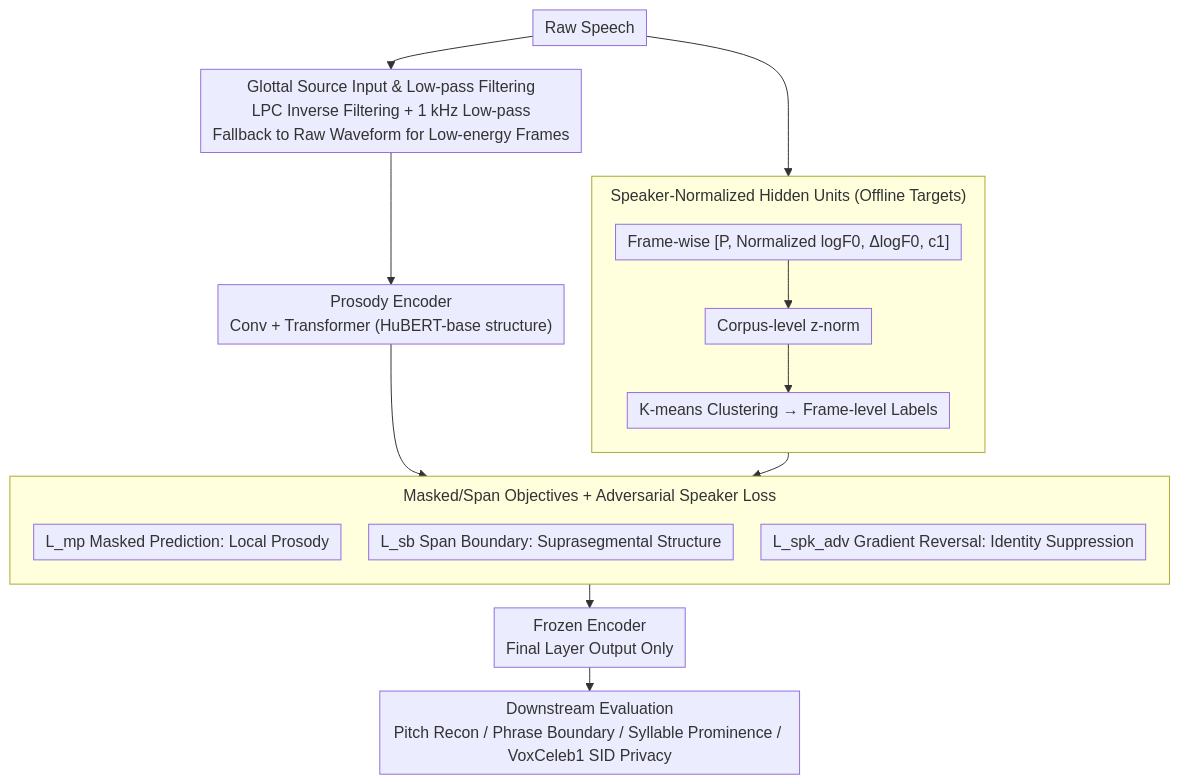
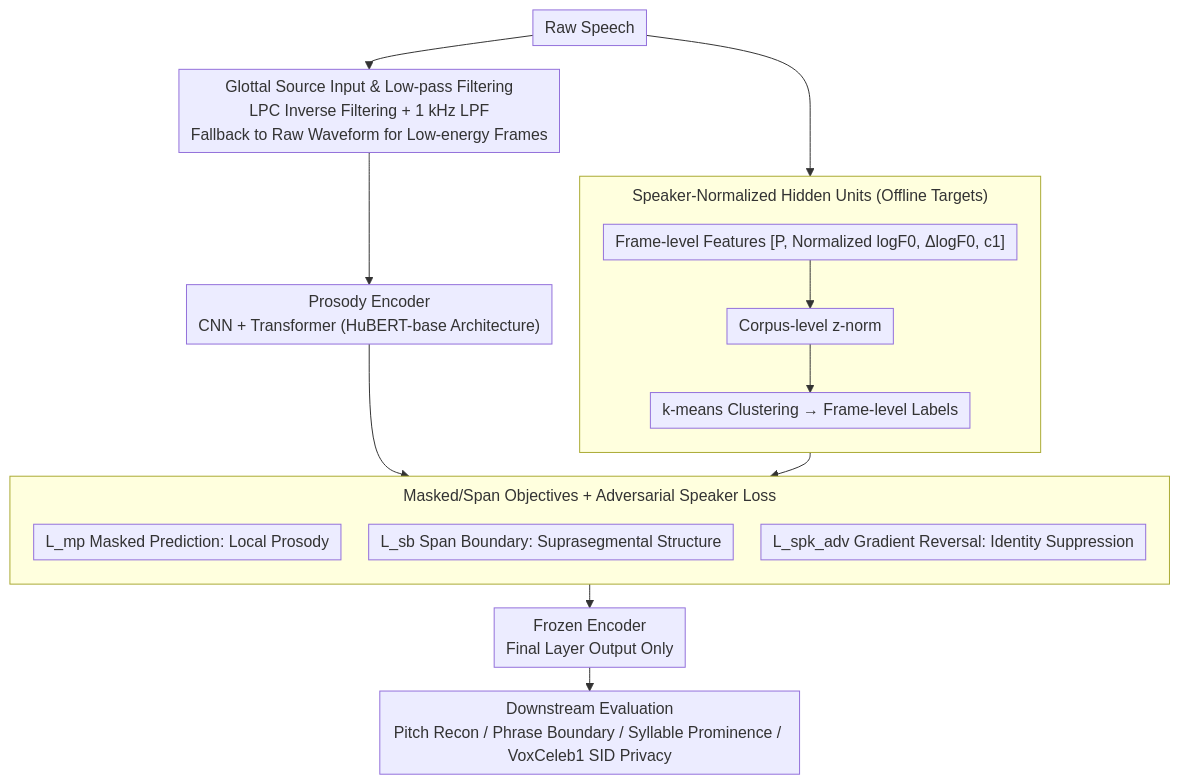
Before and after one commit to zhaoyang97/Paper-Notes-en: the diagram in docs/ACL2026/audio_speech/privacy-preserving_prosody_representation_learning.md, drawn with Mermaid. The commit also changed other lines of this file and 5084 other files, not shown here.

````diff
--- a/docs/ACL2026/audio_speech/privacy-preserving_prosody_representation_learning.md
+++ b/docs/ACL2026/audio_speech/privacy-preserving_prosody_representation_learning.md
@@ -49,21 +49,21 @@
 ```mermaid
 %%{init: {'flowchart': {'rankSpacing': 24, 'nodeSpacing': 28, 'padding': 6, 'wrappingWidth': 400, 'subGraphTitleMargin': {'top': 8, 'bottom': 16}}}}%%
 flowchart TD
-    A["Raw Speech"] --> B["Glottal Source Input & Low-pass Filtering<br/>LPC Inverse Filtering + 1 kHz Low-pass<br/>Fallback to Raw Waveform for Low-energy Frames"]
-    B --> C["Prosody Encoder<br/>Conv + Transformer (HuBERT-base structure)"]
+    A["Raw Speech"] --> B["Glottal Source Input & Low-pass Filtering<br/>LPC Inverse Filtering + 1 kHz LPF<br/>Fallback to Raw Waveform for Low-energy Frames"]
+    B --> C["Prosody Encoder<br/>CNN + Transformer (HuBERT-base Architecture)"]
     A --> D
     subgraph D["Speaker-Normalized Hidden Units (Offline Targets)"]
         direction TB
-        D1["Frame-wise [P, Normalized logF0, ΔlogF0, c1]"] --> D2["Corpus-level z-norm"] --> D3["K-means Clustering → Frame-level Labels"]
+        D1["Frame-level Features [P, Normalized logF0, ΔlogF0, c1]"] --> D2["Corpus-level z-norm"] --> D3["k-means Clustering → Frame-level Labels"]
     end
     subgraph E["Masked/Span Objectives + Adversarial Speaker Loss"]
         direction TB
         E1["L_mp Masked Prediction: Local Prosody"]
         E2["L_sb Span Boundary: Suprasegmental Structure"]
         E3["L_spk_adv Gradient Reversal: Identity Suppression"]
     end
     C --> E
     D --> E
     E --> F["Frozen Encoder<br/>Final Layer Output Only"]
     F --> G["Downstream Evaluation<br/>Pitch Recon / Phrase Boundary / Syllable Prominence / VoxCeleb1 SID Privacy"]
 ```
````
